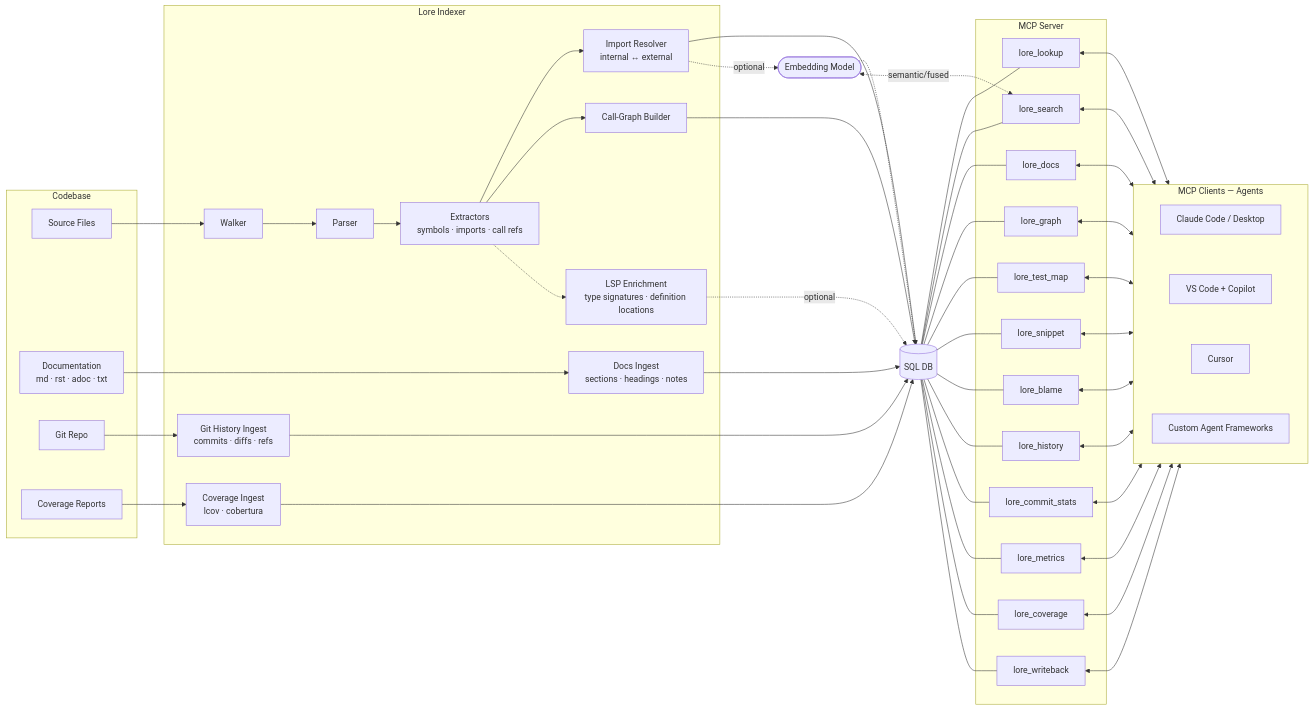
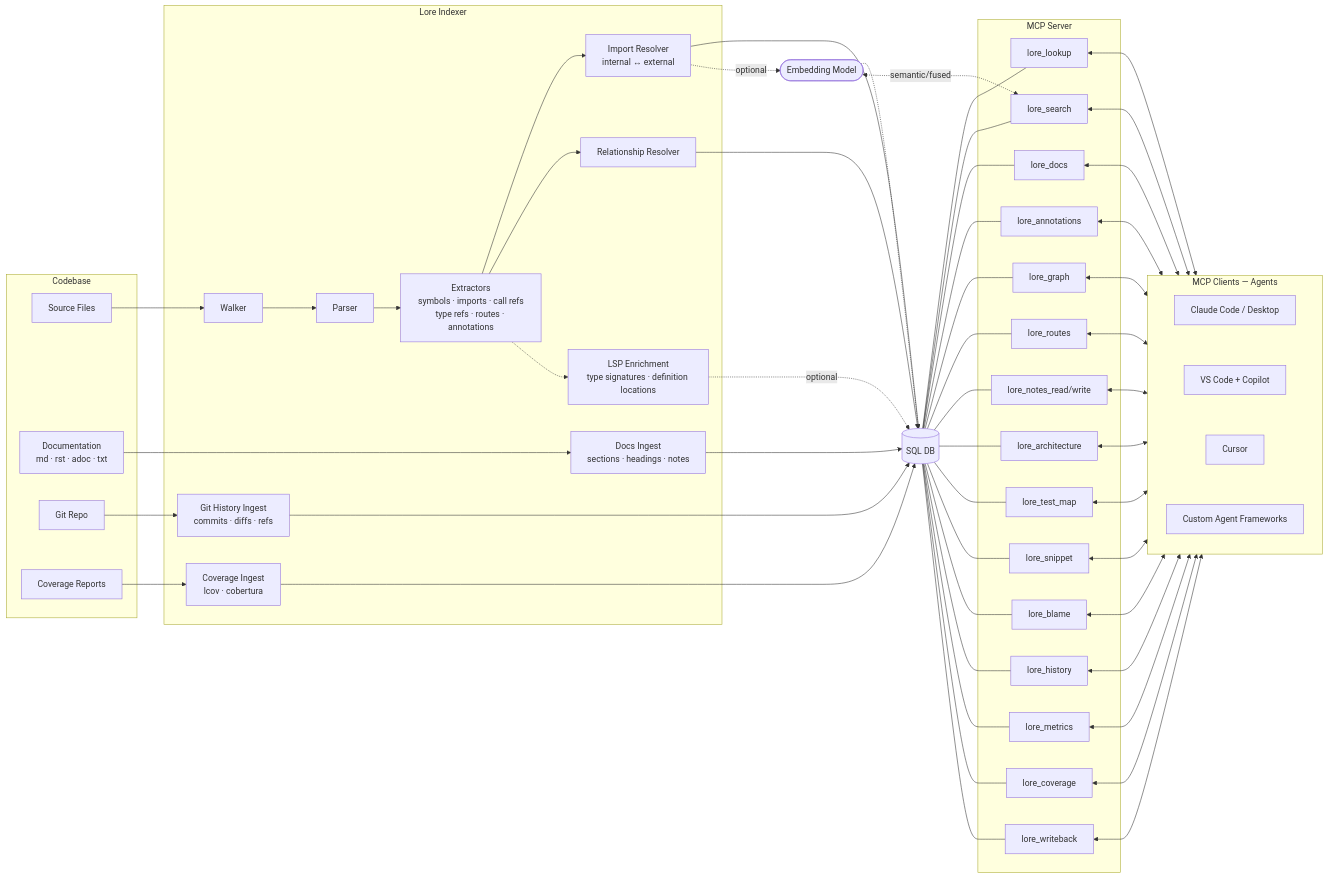
The diagram in README.md (jafreck/Lore), drawn with Mermaid before and after one commit. The commit also changed other lines of this file and 3 other files, not shown here.

````diff
--- a/README.md
+++ b/README.md
@@ -29,60 +29,63 @@
 ```mermaid
 flowchart LR
     subgraph Codebase
         SRC[Source Files]
         DOCS[Documentation<br/>md · rst · adoc · txt]
         GIT[Git Repo]
         COV[Coverage Reports]
     end
 
     subgraph Lore Indexer
-        WALK[Walker] --> PARSE[Parser] --> EXTRACT[Extractors<br/>symbols · imports · call refs]
+      WALK[Walker] --> PARSE[Parser] --> EXTRACT[Extractors<br/>symbols · imports · call refs<br/>type refs · routes · annotations]
         EXTRACT --> RESOLVE[Import Resolver<br/>internal ↔ external]
-        EXTRACT --> CALLGRAPH[Call-Graph Builder]
+      EXTRACT --> CALLGRAPH[Relationship Resolver]
         EXTRACT -.-> LSPENRICH[LSP Enrichment<br/>type signatures · definition locations]
         DOCSINGEST[Docs Ingest<br/>sections · headings · notes]
         GITHIST[Git History Ingest<br/>commits · diffs · refs]
         COVINGEST[Coverage Ingest<br/>lcov · cobertura]
     end
 
     DB[(SQL DB)]
     EMBED([Embedding Model])
 
     subgraph MCP Server
         LOOKUP[lore_lookup]
         SEARCH[lore_search]
         DOCS_TOOL[lore_docs]
+      ANNOT[lore_annotations]
         GRAPH[lore_graph]
+      ROUTES[lore_routes]
+      NOTES[lore_notes_read/write]
+      ARCH[lore_architecture]
         TESTMAP[lore_test_map]
         SNIPPET[lore_snippet]
         BLAME[lore_blame]
         HISTORY[lore_history]
-        COMMITSTATS[lore_commit_stats]
         METRICS[lore_metrics]
         COVERAGE[lore_coverage]
         WRITEBACK[lore_writeback]
     end
 
     subgraph MCP_CLIENTS[MCP Clients — Agents]
         CLAUDE_CODE[Claude Code / Desktop]
         COPILOT[VS Code + Copilot]
         CURSOR[Cursor]
         CUSTOM[Custom Agent Frameworks]
         CLAUDE_CODE ~~~ COPILOT ~~~ CURSOR ~~~ CUSTOM
     end
 
     SRC --> WALK
     DOCS --> DOCSINGEST --> DB
     GIT --> GITHIST --> DB
     COV --> COVINGEST --> DB
 
     RESOLVE & CALLGRAPH --> DB
     LSPENRICH -.->|optional| DB
     RESOLVE -.->|optional| EMBED
     EMBED -.-> DB
 
-    DB --- LOOKUP & SEARCH & DOCS_TOOL & GRAPH & TESTMAP & SNIPPET & BLAME & HISTORY & COMMITSTATS & METRICS & COVERAGE & WRITEBACK
+    DB --- LOOKUP & SEARCH & DOCS_TOOL & ANNOT & GRAPH & ROUTES & NOTES & ARCH & TESTMAP & SNIPPET & BLAME & HISTORY & METRICS & COVERAGE & WRITEBACK
     EMBED <-.->|semantic/fused| SEARCH
 
-    LOOKUP & SEARCH & DOCS_TOOL & GRAPH & TESTMAP & SNIPPET & BLAME & HISTORY & COMMITSTATS & METRICS & COVERAGE & WRITEBACK <--> MCP_CLIENTS
+    LOOKUP & SEARCH & DOCS_TOOL & ANNOT & GRAPH & ROUTES & NOTES & ARCH & TESTMAP & SNIPPET & BLAME & HISTORY & METRICS & COVERAGE & WRITEBACK <--> MCP_CLIENTS
 ```
````
